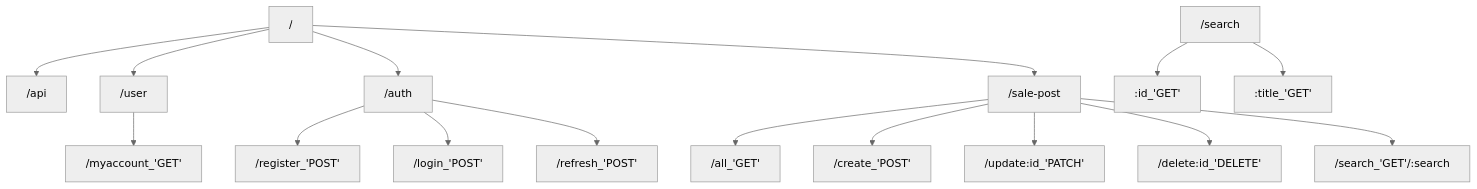
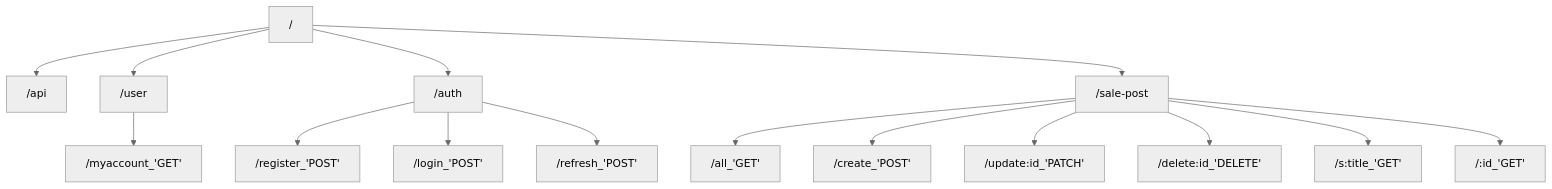
The diagram in README.md (jadegnew/OLX-clone), drawn with Mermaid (neutral theme) before and after one commit. The commit also changed 1 other file, not shown here.

Commit message:
minor changes

````diff
--- a/README.md
+++ b/README.md
@@ -17,18 +17,17 @@
 ```mermaid
 graph TD;
     /-->/api;
     /-->/user;
     /-->/auth;
     /-->/sale-post;
     /user-->/myaccount_'GET'
     /auth-->/register_'POST'
     /auth-->/login_'POST'
     /auth-->/refresh_'POST'
     /sale-post-->/all_'GET'
     /sale-post-->/create_'POST'
     /sale-post-->/update:id_'PATCH'
     /sale-post-->/delete:id_'DELETE'
-    /sale-post-->/search_'GET'/:search
-    /search-->:id_'GET'
-    /search-->:title_'GET'
+    /sale-post-->/s:title_'GET'
+    /sale-post-->/:id_'GET'
 ```
````
